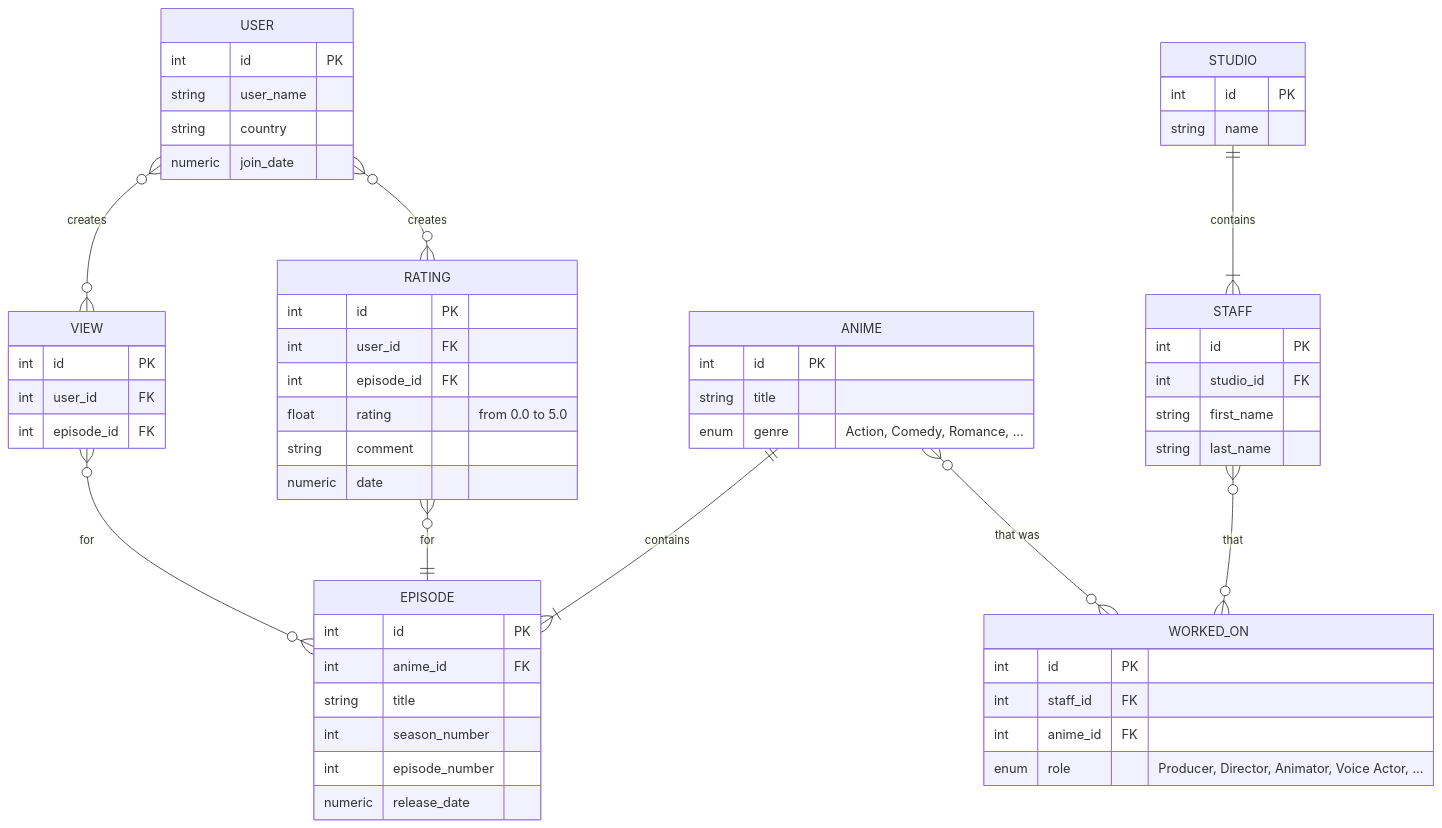
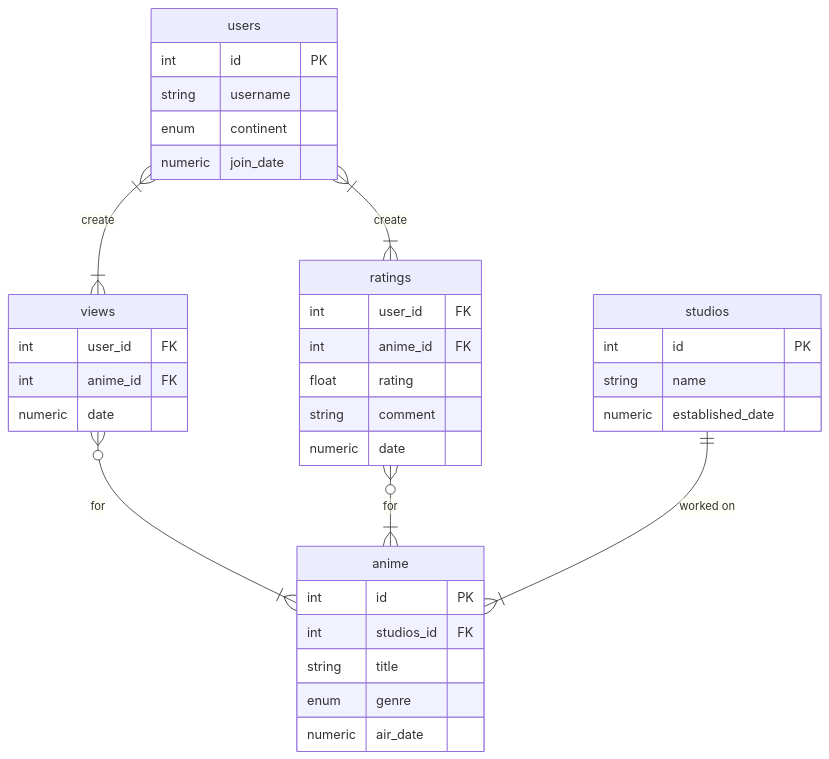
One commit to KCandy24/CCINFOM-S14-Group-1 changed the diagram in entity_relationship_diagram.md. Above: the diagram before and after it, drawn with Mermaid. The commit also changed other lines of this file, not shown here.

Commit message:
Improved ERD + sample reports/transactions

````diff
--- a/entity_relationship_diagram.md
+++ b/entity_relationship_diagram.md
@@ -1,67 +1,43 @@
 ```mermaid
 erDiagram
-    ANIME {
+    anime {
         int id PK
+        int studios_id FK
         string title
-        enum genre "Action, Comedy, Romance, ..."
+        enum genre
+        numeric air_date
     }
     
-    EPISODE {
+    users {
         int id PK
-        int anime_id FK
-        string title
-        int season_number
-        int episode_number
-        numeric release_date
-    }
-    
-    USER {
-        int id PK
-        string user_name
-        string country
+        string username
+        enum continent
         numeric join_date
     }
 
-    VIEW {
-        int id PK
+    views {
         int user_id FK
-        int episode_id FK
+        int anime_id FK
+        numeric date
     }
 
-    RATING {
-        int id PK
+    ratings {
         int user_id FK
-        int episode_id FK
-        float rating "from 0.0 to 5.0"
+        int anime_id FK
+        float rating
         string comment
         numeric date
     }
 
-    STUDIO {
+    studios {
         int id PK
         string name
+        numeric established_date
     }
 
-    STAFF {
-        int id PK
-        int studio_id FK
-        string first_name
-        string last_name
-    }
-
-    WORKED_ON {
-        int id PK
-        int staff_id FK
-        int anime_id FK
-        enum role "Producer, Director, Animator, Voice Actor, ..."
-    }
-
-    USER many to many RATING : "creates"
-    USER many to many VIEW  : "creates"
-    VIEW many to many EPISODE : "for"
-    RATING zero or many to one EPISODE : "for"
-    ANIME one to one or many EPISODE : "contains"
-    STUDIO one to one or many STAFF : "contains"
-    ANIME many to many WORKED_ON : "that was"
-    STAFF many to many WORKED_ON : "that"
+    users one or many to one or many views : "create"
+    views zero or many to one or many anime : "for"
+    users one or many to one or many ratings : "create"
+    ratings zero or many to one or many anime : "for"
+    studios one to one or many anime : "worked on"
 ```
````
